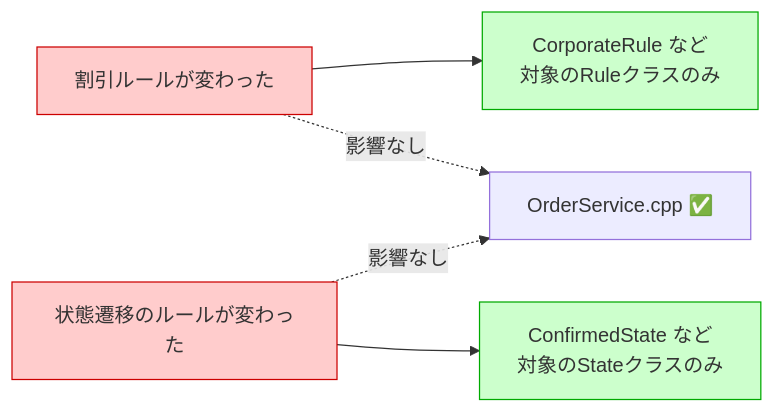
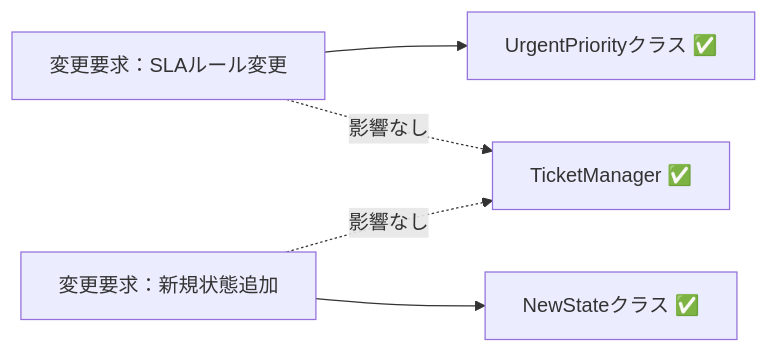
The fifth of 5 diagrams in kindle/design-patterns/output/chapter09_2.md (kumachan1101-pixel/DesignPattern), drawn with Mermaid before and after one commit. The commit also changed other lines of this file and 11 other files, not shown here.

````diff
--- a/kindle/design-patterns/output/chapter09_2.md
+++ b/kindle/design-patterns/output/chapter09_2.md
@@ -971,18 +687,8 @@
 ```mermaid
 graph LR
-    T1["割引ルールが変わった"]
-    T2["状態遷移のルールが変わった"]
-    F1["CorporateRule など\n対象のRuleクラスのみ"]
-    F2["ConfirmedState など\n対象のStateクラスのみ"]
-    A["OrderService.cpp ✅"]
+    T1["変更要求：SLAルール変更"] --> F1["UrgentPriorityクラス ✅"]
+    T1 -. "影響なし" .-> A["TicketManager ✅"]
+    T2["変更要求：新規状態追加"] --> F2["NewStateクラス ✅"]
+    T2 -. "影響なし" .-> A
 
-    T1 --> F1
-    T2 --> F2
-    T1 -. 影響なし .-> A
-    T2 -. 影響なし .-> A
-
-    style T1 fill:#ffcccc,stroke:#cc0000
-    style T2 fill:#ffcccc,stroke:#cc0000
-    style F1 fill:#ccffcc,stroke:#00aa00
-    style F2 fill:#ccffcc,stroke:#00aa00
 ```
````
